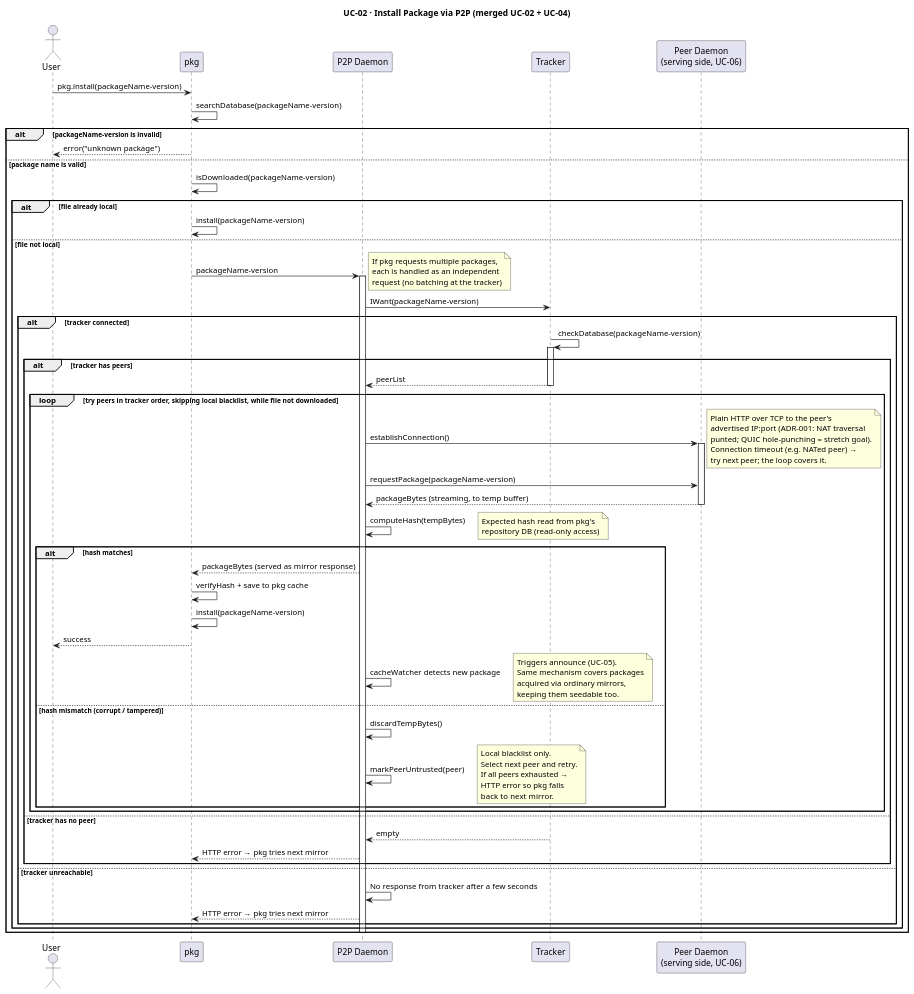
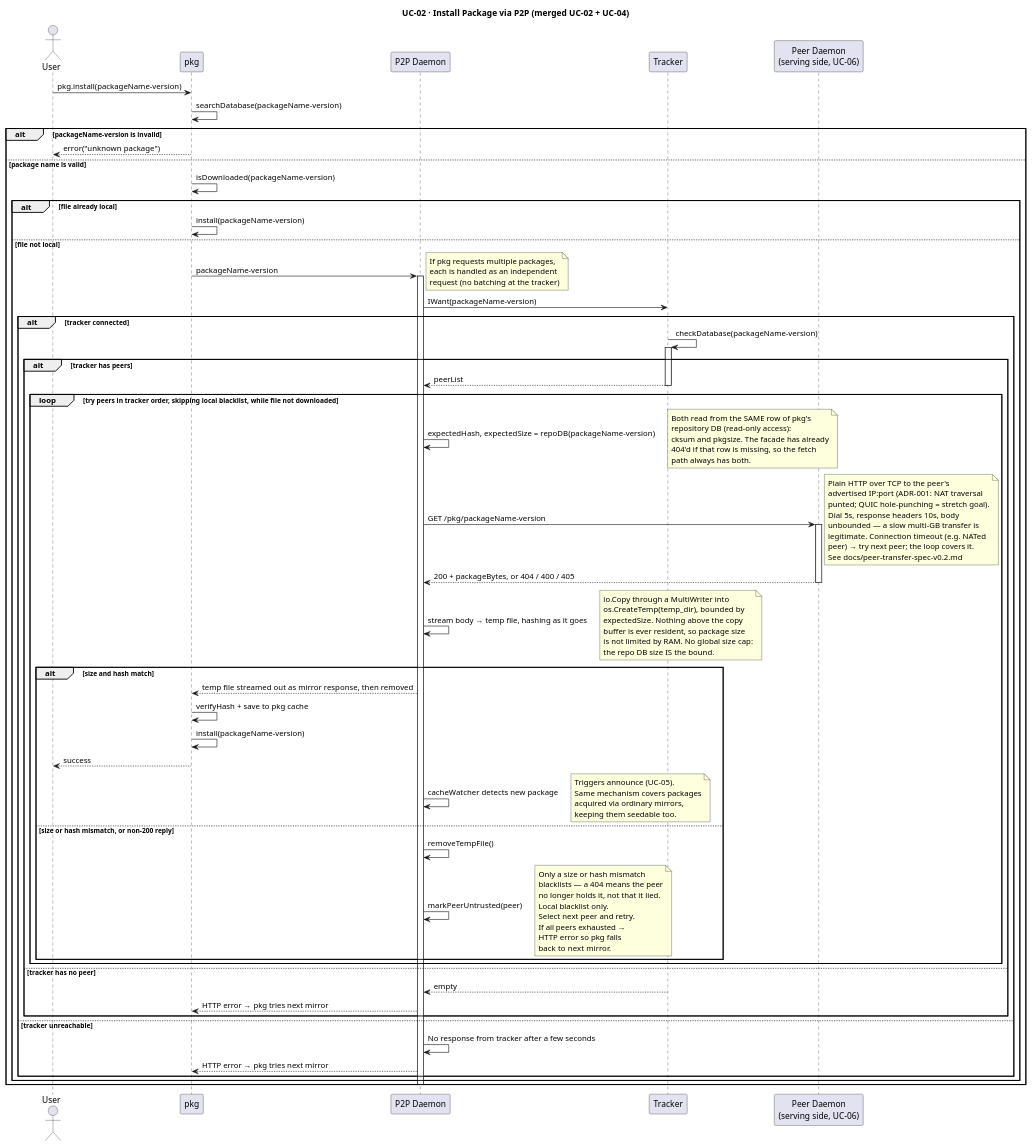
The diagram in docs/uc-02.puml (ndrew222/p2p-pkg-daemon), drawn with PlantUML before and after one commit. The commit also changed 1 other file, not shown here.

Commit message:
docs: update UC-02 and UC-06 diagrams for the HTTP peer wire
UC-02's fetch loop now shows the repo-DB lookup returning hash AND size
from the same row, a GET /pkg/<name-version>, and streaming into a temp
file with incremental hashing rather than a single opaque
"packageBytes -> computeHash(tempBytes)" step. The mismatch branch is
widened to cover size and non-200 replies, and records that only a size
or hash mismatch blacklists a peer -- a 404 means the peer no longer
holds the file, not that it lied.

UC-06 becomes an ordinary HTTP server serving from an open file handle,
so the sending side is constant-memory too, and states that the fuzz
target is now the HTTP surface end to end.

Both rendered to PNG and inspected before committing: labels survive
intact. Angle brackets were kept out of note bodies, since PlantUML
treats them as markup -- the same class of defect as the bracketed
alt/else labels fixed earlier.

Claude-Session: https://claude.ai/code/session_01BxRuHanbqcB2paVWYbLZ3P

```diff
--- a/docs/uc-02.puml
+++ b/docs/uc-02.puml
@@ -1,76 +1,78 @@
 @startuml
 title UC-02 · Install Package via P2P (merged UC-02 + UC-04)
 
 actor User
 participant pkg
 participant "P2P Daemon" as Daemon
 participant "Tracker" as Tracker
 participant "Peer Daemon\n(serving side, UC-06)" as Peer
 
 User -> pkg: pkg.install(packageName-version)
 
 pkg -> pkg: searchDatabase(packageName-version)
 
 alt packageName-version is invalid
     pkg --> User : error("unknown package")
 
 else package name is valid
     pkg -> pkg: isDownloaded(packageName-version)
 
     alt file already local
         pkg -> pkg: install(packageName-version)
 
     else file not local
         pkg -> Daemon: packageName-version
         note right : If pkg requests multiple packages,\neach is handled as an independent\nrequest (no batching at the tracker)
 
         activate Daemon
         Daemon -> Tracker: IWant(packageName-version)
 
         alt tracker connected
             Tracker -> Tracker: checkDatabase(packageName-version)
             activate Tracker
             alt tracker has peers
                 Tracker --> Daemon: peerList
                 deactivate Tracker
 
                 loop try peers in tracker order, skipping local blacklist, while file not downloaded
-                Daemon -> Peer : establishConnection()
-                note right : Plain HTTP over TCP to the peer's\nadvertised IP:port (ADR-001: NAT traversal\npunted; QUIC hole-punching = stretch goal).\nConnection timeout (e.g. NATed peer) →\ntry next peer; the loop covers it.
+                Daemon -> Daemon : expectedHash, expectedSize = repoDB(packageName-version)
+                note right : Both read from the SAME row of pkg's\nrepository DB (read-only access):\ncksum and pkgsize. The facade has already\n404'd if that row is missing, so the fetch\npath always has both.
+
+                Daemon -> Peer : GET /pkg/packageName-version
+                note right : Plain HTTP over TCP to the peer's\nadvertised IP:port (ADR-001: NAT traversal\npunted; QUIC hole-punching = stretch goal).\nDial 5s, response headers 10s, body\nunbounded — a slow multi-GB transfer is\nlegitimate. Connection timeout (e.g. NATed\npeer) → try next peer; the loop covers it.\nSee docs/peer-transfer-spec-v0.2.md
                 activate Peer
-                Daemon -> Peer : requestPackage(packageName-version)
-                Peer --> Daemon : packageBytes (streaming, to temp buffer)
+                Peer --> Daemon : 200 + packageBytes, or 404 / 400 / 405
                 deactivate Peer
 
-                Daemon -> Daemon : computeHash(tempBytes)
-                note right : Expected hash read from pkg's\nrepository DB (read-only access)
+                Daemon -> Daemon : stream body → temp file, hashing as it goes
+                note right : io.Copy through a MultiWriter into\nos.CreateTemp(temp_dir), bounded by\nexpectedSize. Nothing above the copy\nbuffer is ever resident, so package size\nis not limited by RAM. No global size cap:\nthe repo DB size IS the bound.
 
-                alt hash matches
-                Daemon --> pkg : packageBytes (served as mirror response)
+                alt size and hash match
+                Daemon --> pkg : temp file streamed out as mirror response, then removed
                 pkg -> pkg : verifyHash + save to pkg cache
                 pkg -> pkg : install(packageName-version)
                 pkg --> User : success
 
                 Daemon -> Daemon : cacheWatcher detects new package
                 note right : Triggers announce (UC-05).\nSame mechanism covers packages\nacquired via ordinary mirrors,\nkeeping them seedable too.
 
-                else hash mismatch (corrupt / tampered)
-                Daemon -> Daemon : discardTempBytes()
+                else size or hash mismatch, or non-200 reply
+                Daemon -> Daemon : removeTempFile()
                 Daemon -> Daemon : markPeerUntrusted(peer)
-                note right : Local blacklist only.\nSelect next peer and retry.\nIf all peers exhausted →\nHTTP error so pkg falls\nback to next mirror.
+                note right : Only a size or hash mismatch\nblacklists — a 404 means the peer\nno longer holds it, not that it lied.\nLocal blacklist only.\nSelect next peer and retry.\nIf all peers exhausted →\nHTTP error so pkg falls\nback to next mirror.
                 end
                 end
 
             else tracker has no peer
                 Tracker --> Daemon: empty
                 deactivate Tracker
                 Daemon --> pkg : HTTP error → pkg tries next mirror
             end
         else tracker unreachable
             Daemon -> Daemon : No response from tracker after a few seconds
             Daemon --> pkg : HTTP error → pkg tries next mirror
         end
     end
 deactivate Daemon
 end
 @enduml
```
